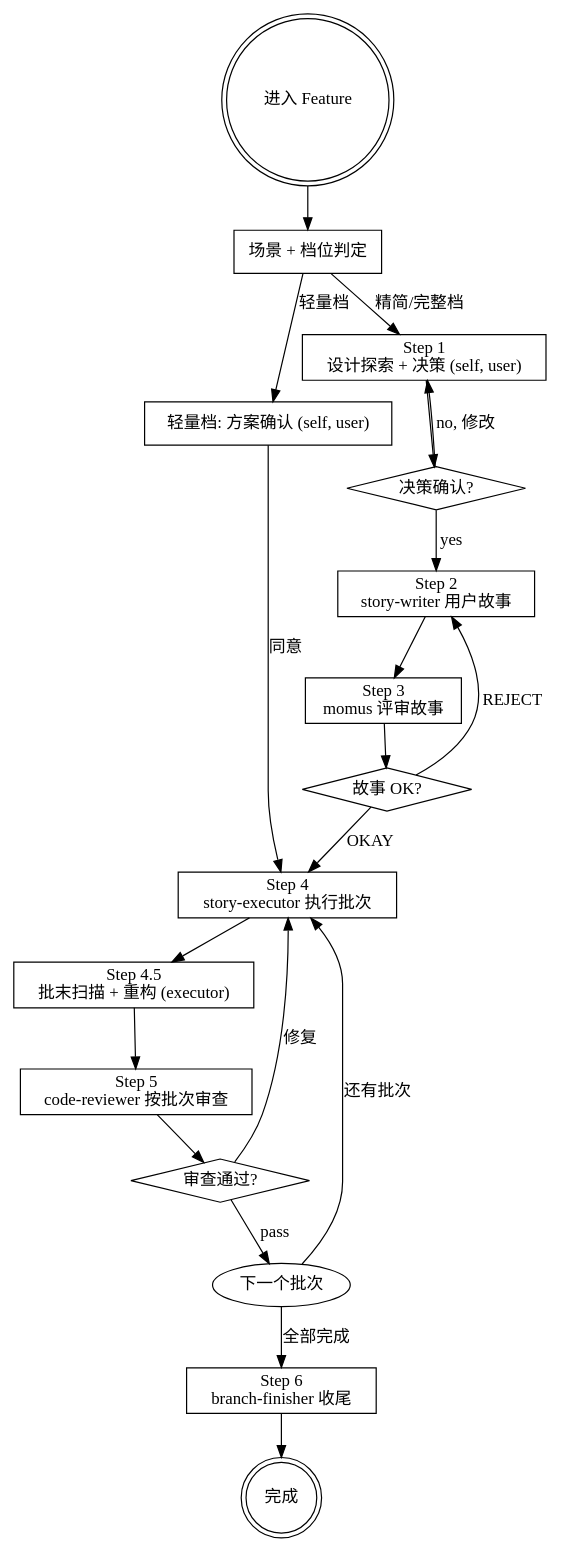
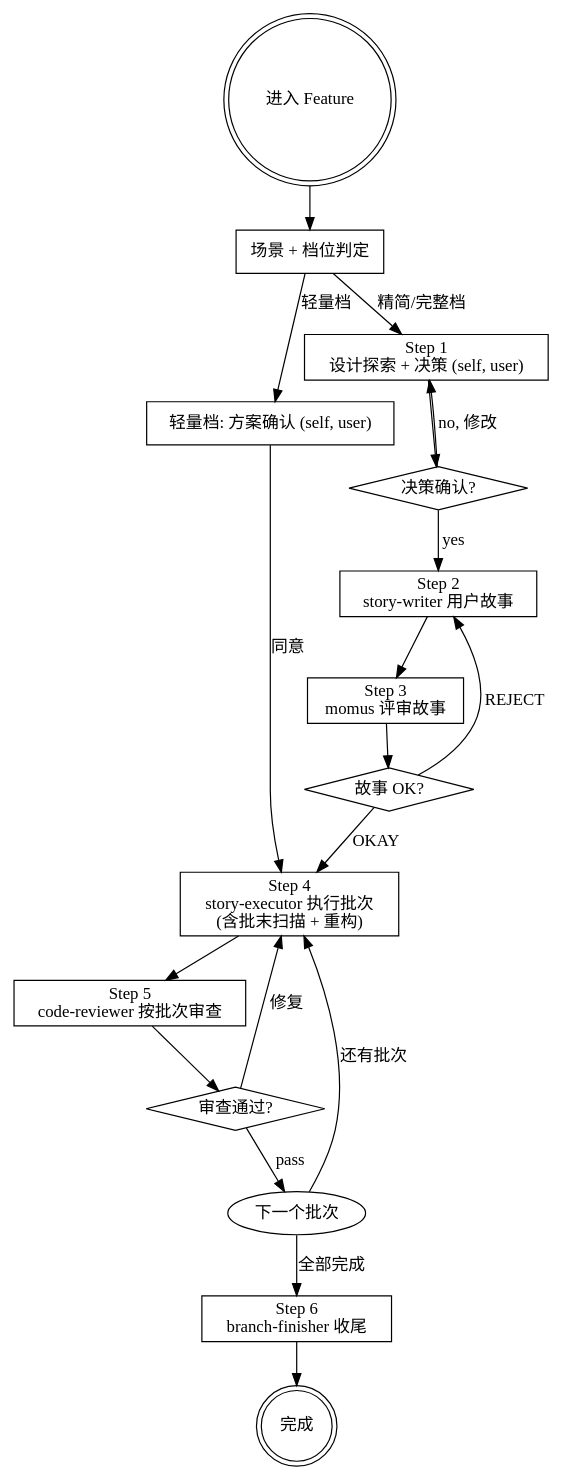
One commit to hsiang-lee/my_opencode changed the diagram in agents/Feature.md. Above: the diagram before and after it, drawn with Graphviz. The commit also changed other lines of this file and 9 other files, not shown here.

````diff
--- a/agents/Feature.md
+++ b/agents/Feature.md
@@ -100,41 +100,39 @@
 ```dot
 digraph feature_flow {
     rankdir=TB;
     start [label="进入 Feature", shape=doublecircle];
     tier [label="场景 + 档位判定", shape=box];
     confirm [label="轻量档: 方案确认 (self, user)", shape=box];
     step1 [label="Step 1\n设计探索 + 决策 (self, user)", shape=box];
     step2 [label="Step 2\nstory-writer 用户故事", shape=box];
     step3 [label="Step 3\nmomus 评审故事", shape=box];
-    step4 [label="Step 4\nstory-executor 执行批次", shape=box];
-    step4b [label="Step 4.5\n批末扫描 + 重构 (executor)", shape=box];
+    step4 [label="Step 4\nstory-executor 执行批次\n(含批末扫描 + 重构)", shape=box];
     step5 [label="Step 5\ncode-reviewer 按批次审查", shape=box];
     step6 [label="Step 6\nbranch-finisher 收尾", shape=box];
 
     gate1 [label="决策确认?", shape=diamond];
     gate3 [label="故事 OK?", shape=diamond];
     gate5 [label="审查通过?", shape=diamond];
     loop [label="下一个批次", shape=ellipse];
     done [label="完成", shape=doublecircle];
 
     start -> tier;
     tier -> confirm [label="轻量档"];
     tier -> step1 [label="精简/完整档"];
     confirm -> step4 [label="同意"];
     step1 -> gate1;
     gate1 -> step2 [label="yes"];
     gate1 -> step1 [label="no, 修改"];
     step2 -> step3;
     step3 -> gate3;
     gate3 -> step4 [label="OKAY"];
     gate3 -> step2 [label="REJECT"];
-    step4 -> step4b;
-    step4b -> step5;
+    step4 -> step5;
     step5 -> gate5;
     gate5 -> loop [label="pass"];
     gate5 -> step4 [label="修复"];
     loop -> step4 [label="还有批次"];
     loop -> step6 [label="全部完成"];
     step6 -> done;
 }
 ```
````
